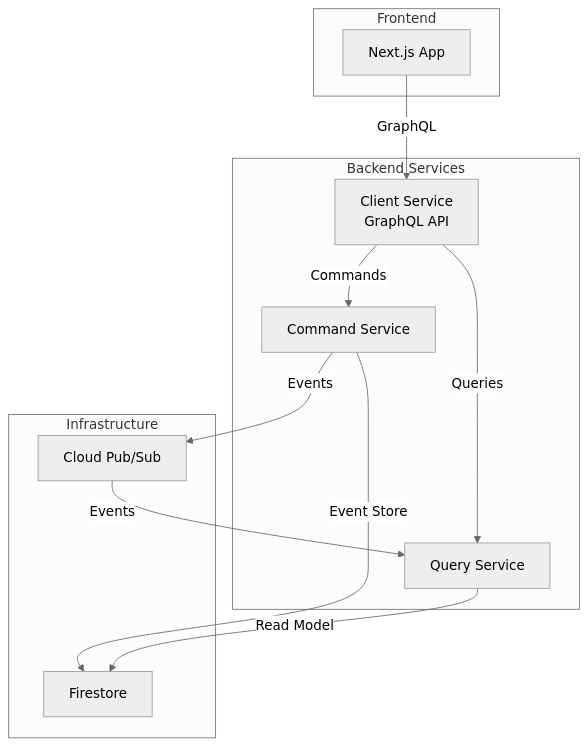
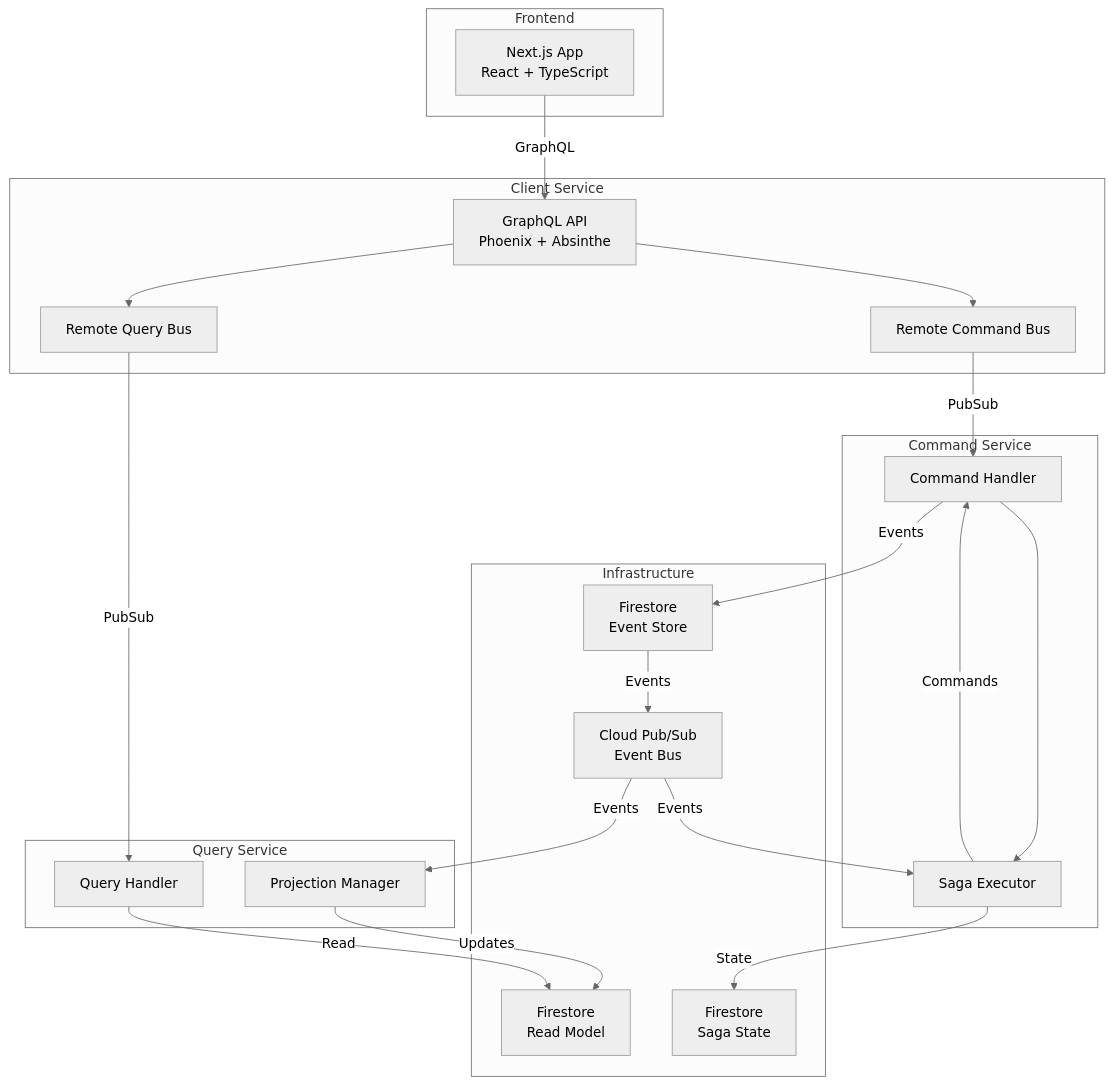
The diagram in docs/ARCHITECTURE.md (watarui/event-driven-playground), drawn with Mermaid (neutral theme) before and after one commit. The commit also changed other lines of this file and 5 other files, not shown here.

Commit message:
README.mdを追加し、プロジェクトの概要、技術スタック、クイックスタート手順、プロジェクト構造、主な機能、ドキュメント、開発コマンド、CI/CDについての情報を記載しました。また、ARCHITECTURE.md、DEPLOYMENT.md、DEVELOPMENT.md、APIリファレンスの内容を更新しました。デプロイメントやSagaの実装に関する詳細も追加しました。

````diff
--- a/docs/ARCHITECTURE.md
+++ b/docs/ARCHITECTURE.md
@@ -9,25 +9,44 @@
 ```mermaid
 graph TB
     subgraph "Frontend"
-        UI[Next.js App]
+        UI[Next.js App<br/>React + TypeScript]
     end
     
-    subgraph "Backend Services"
-        GQL[Client Service<br/>GraphQL API]
-        CMD[Command Service]
-        QRY[Query Service]
+    subgraph "Client Service"
+        GQL[GraphQL API<br/>Phoenix + Absinthe]
+        RCB[Remote Command Bus]
+        RQB[Remote Query Bus]
+    end
+    
+    subgraph "Command Service"
+        CMD[Command Handler]
+        SAGA[Saga Executor]
+    end
+    
+    subgraph "Query Service"
+        QRY[Query Handler]
+        PROJ[Projection Manager]
     end
     
     subgraph "Infrastructure"
-        PS[Cloud Pub/Sub]
-        FS[Firestore]
+        PS[Cloud Pub/Sub<br/>Event Bus]
+        FS1[Firestore<br/>Event Store]
+        FS2[Firestore<br/>Read Model]
+        FS3[Firestore<br/>Saga State]
     end
     
     UI --> |GraphQL| GQL
-    GQL --> |Commands| CMD
-    GQL --> |Queries| QRY
-    CMD --> |Events| PS
-    PS --> |Events| QRY
-    CMD --> |Event Store| FS
-    QRY --> |Read Model| FS
+    GQL --> RCB
+    GQL --> RQB
+    RCB --> |PubSub| CMD
+    RQB --> |PubSub| QRY
+    CMD --> SAGA
+    CMD --> |Events| FS1
+    FS1 --> |Events| PS
+    PS --> |Events| PROJ
+    PS --> |Events| SAGA
+    SAGA --> |Commands| CMD
+    SAGA --> |State| FS3
+    PROJ --> |Updates| FS2
+    QRY --> |Read| FS2
 ```
````
